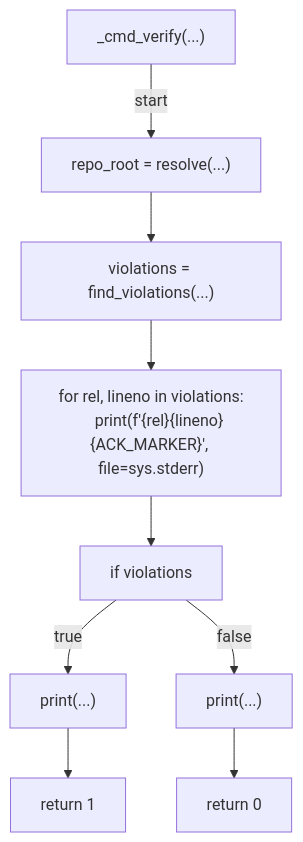
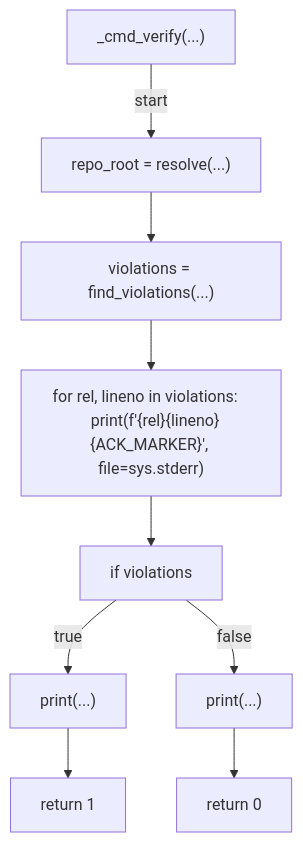
Before and after one commit to tvna/claude-md: the sixth of 7 diagrams in docs/generated/scripts/ast/scan_workflow_pip.md, drawn with Mermaid. The commit also changed other lines of this file and 23 other files, not shown here.

First line of the commit message:
docs(generated): regenerate decision tree and workflow diagrams (batch 4/5)

````diff
--- a/docs/generated/scripts/ast/scan_workflow_pip.md
+++ b/docs/generated/scripts/ast/scan_workflow_pip.md
@@ -77,21 +72,20 @@
 ```mermaid
 flowchart TD
     N001["_cmd_verify(...)"]
     N002["repo_root = resolve(...)"]
     N003["violations = find_violations(...)"]
-    N004["for rel, lineno in violations:
-    print(f'<str>{rel}<str>{lineno}<str>{ACK_MARKER}<str>', file=sys.stderr)"]
+    N004["for rel, lineno in violations:     print(f'<str>{rel}<str>{lineno}<str>{ACK_MARKER}<str>', file=sys.stderr)"]
     N005["if violations"]
     N006["print(...)"]
     N007["return 1"]
     N008["print(...)"]
     N009["return 0"]
     N001 -->|"start"| N002
     N002 --> N003
     N003 --> N004
     N004 --> N005
     N005 -->|"true"| N006
     N006 --> N007
     N005 -->|"false"| N008
     N008 --> N009
 ```
````
